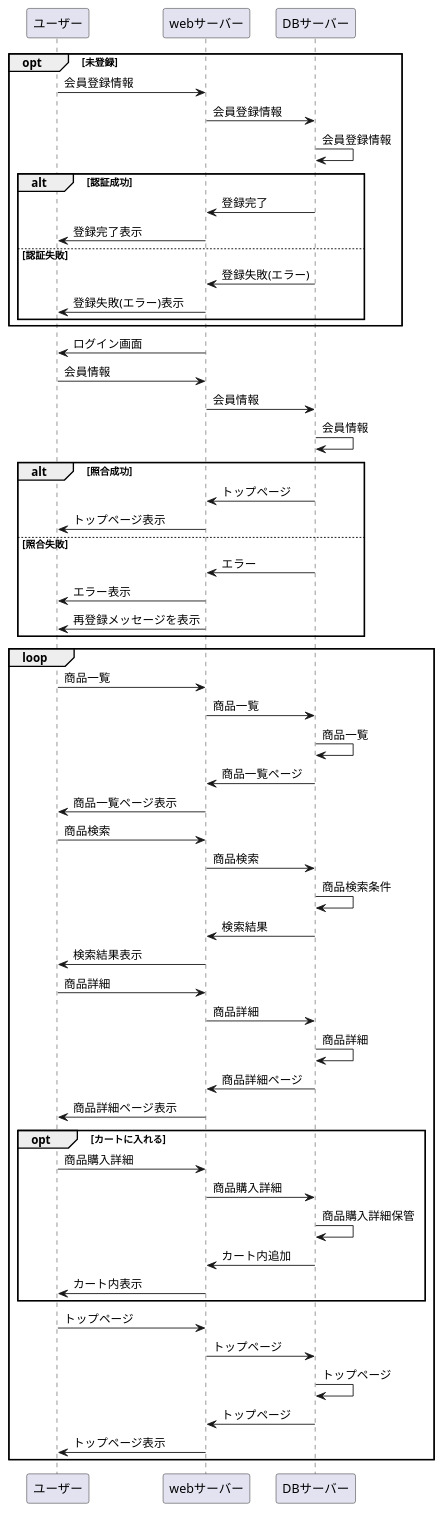
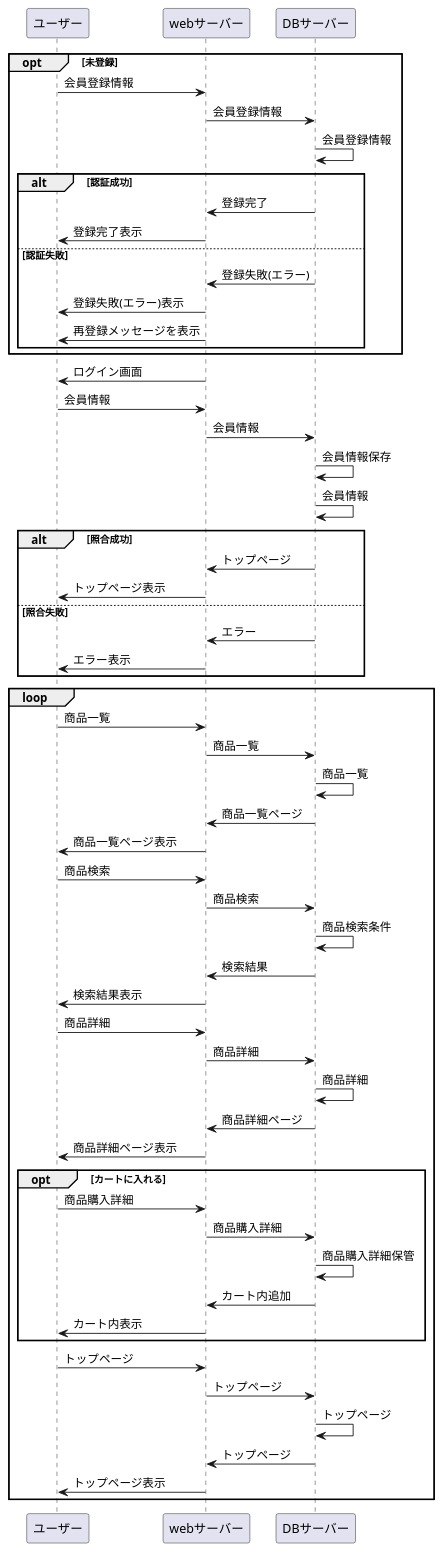
One commit to Aso2001182/2021sys-design changed the diagram in kadai9.md. Above: the diagram before and after it, drawn with PlantUML.

````diff
--- a/kadai9.md
+++ b/kadai9.md
@@ -1,59 +1,61 @@
 ```uml
 @startuml
 opt 未登録
 ユーザー -> webサーバー:会員登録情報
 webサーバー -> DBサーバー:会員登録情報
 DBサーバー -> DBサーバー:会員登録情報
 alt 認証成功
 DBサーバー -> webサーバー:登録完了
 webサーバー -> ユーザー:登録完了表示
 else 認証失敗
 DBサーバー -> webサーバー:登録失敗(エラー)
 webサーバー -> ユーザー:登録失敗(エラー)表示
+webサーバー -> ユーザー: 再登録メッセージを表示
 end
 end
 
 webサーバー -> ユーザー:ログイン画面
 ユーザー -> webサーバー:会員情報
 webサーバー -> DBサーバー:会員情報
+DBサーバー -> DBサーバー:会員情報保存
 DBサーバー -> DBサーバー:会員情報
 alt 照合成功
 DBサーバー -> webサーバー:トップページ
 webサーバー -> ユーザー:トップページ表示
 else 照合失敗
 DBサーバー -> webサーバー:エラー
 webサーバー -> ユーザー:エラー表示
-webサーバー -> ユーザー: 再登録メッセージを表示
+
 end
 
 loop
 ユーザー -> webサーバー:商品一覧
 webサーバー -> DBサーバー:商品一覧
 DBサーバー -> DBサーバー:商品一覧
 DBサーバー -> webサーバー:商品一覧ページ
 webサーバー -> ユーザー:商品一覧ページ表示
 ユーザー -> webサーバー:商品検索
 webサーバー -> DBサーバー:商品検索
 DBサーバー -> DBサーバー:商品検索条件
 DBサーバー -> webサーバー:検索結果
 webサーバー -> ユーザー:検索結果表示
 ユーザー -> webサーバー:商品詳細
 webサーバー -> DBサーバー:商品詳細
 DBサーバー -> DBサーバー:商品詳細 
 DBサーバー -> webサーバー:商品詳細ページ
 webサーバー -> ユーザー:商品詳細ページ表示
 opt カートに入れる
 ユーザー -> webサーバー:商品購入詳細
 webサーバー -> DBサーバー:商品購入詳細
 DBサーバー -> DBサーバー:商品購入詳細保管
 DBサーバー -> webサーバー:カート内追加
 webサーバー -> ユーザー:カート内表示
 end
 ユーザー -> webサーバー:トップページ
 webサーバー -> DBサーバー:トップページ
 DBサーバー -> DBサーバー:トップページ
 DBサーバー -> webサーバー:トップページ
 webサーバー -> ユーザー:トップページ表示
 end
 @enduml
 ```
````
